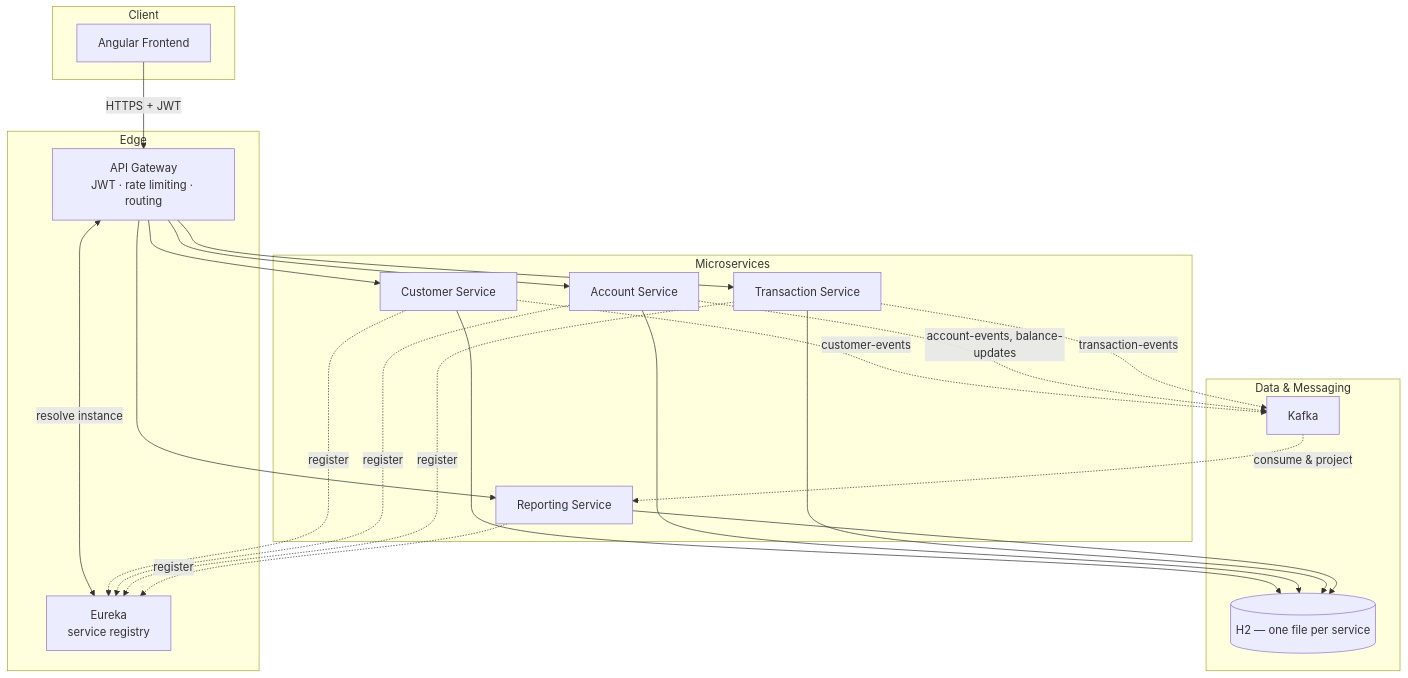
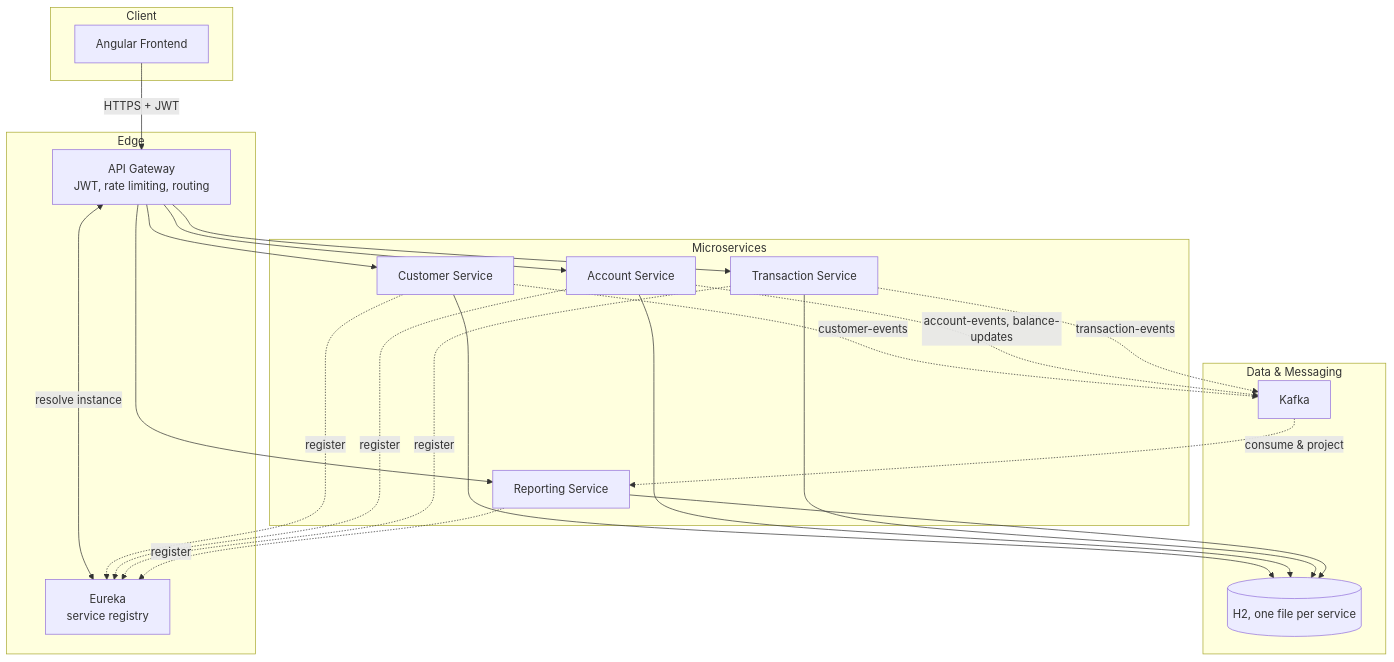
Before and after one commit to Abdelkrim7Be/E-Bank: the first of 3 diagrams in README.md, drawn with Mermaid. The commit also changed other lines of this file and 13 other files, not shown here.

````diff
--- a/README.md
+++ b/README.md
@@ -143,35 +113,35 @@
 ```mermaid
 flowchart TB
     subgraph Client["Client"]
         FE["Angular Frontend"]
     end
     subgraph Edge["Edge"]
-        GW["API Gateway<br/>JWT · rate limiting · routing"]
+        GW["API Gateway<br/>JWT, rate limiting, routing"]
         EU["Eureka<br/>service registry"]
     end
     subgraph Services["Microservices"]
         CS["Customer Service"]
         AS["Account Service"]
         TS["Transaction Service"]
         RS["Reporting Service"]
     end
     subgraph Data["Data & Messaging"]
-        DB[("H2 — one file per service")]
+        DB[("H2, one file per service")]
         KF["Kafka"]
     end
 
     FE -->|HTTPS + JWT| GW
     GW <-->|resolve instance| EU
     GW --> CS & AS & TS & RS
     CS & AS & TS & RS -.->|register| EU
 
     CS --> DB
     AS --> DB
     TS --> DB
     RS --> DB
 
     CS -.->|customer-events| KF
     AS -.->|account-events, balance-updates| KF
     TS -.->|transaction-events| KF
     KF -.->|consume & project| RS
 ```
````
